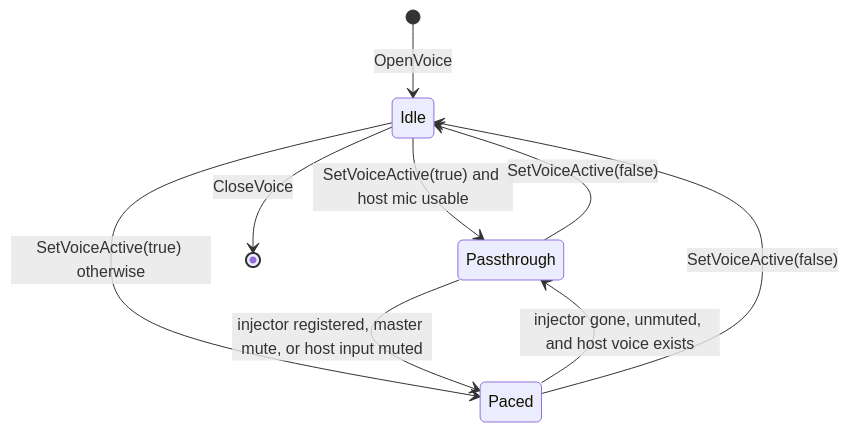
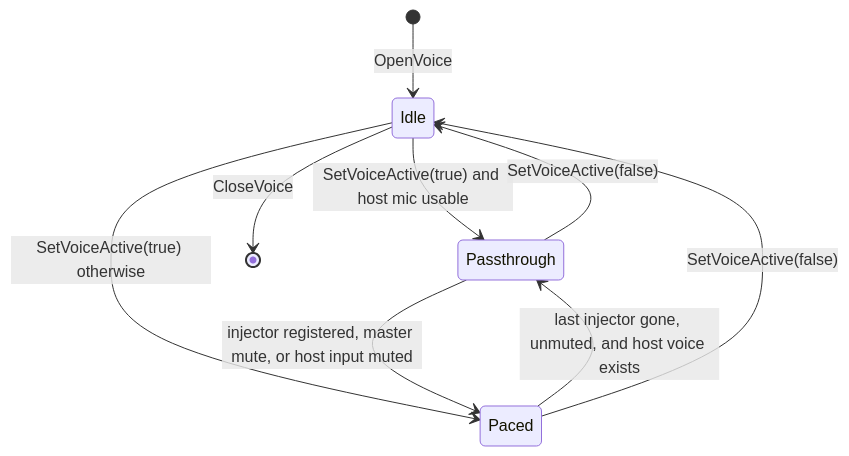
Before and after one commit to aosp-mirror-neo/platform_hardware_generic_goldfish: the second of 3 diagrams in emulator/plugin/audio/DESIGN.md, drawn with Mermaid. The commit also changed other lines of this file and 15 other files, not shown here.

````diff
--- a/emulator/plugin/audio/DESIGN.md
+++ b/emulator/plugin/audio/DESIGN.md
@@ -206,11 +217,11 @@
 ```mermaid
 stateDiagram-v2
     [*] --> Idle: OpenVoice
     Idle --> Passthrough: SetVoiceActive(true) and host mic usable
     Idle --> Paced: SetVoiceActive(true) otherwise
     Passthrough --> Paced: injector registered, master mute, or host input muted
-    Paced --> Passthrough: injector gone, unmuted, and host voice exists
+    Paced --> Passthrough: last injector gone, unmuted, and host voice exists
     Passthrough --> Idle: SetVoiceActive(false)
     Paced --> Idle: SetVoiceActive(false)
     Idle --> [*]: CloseVoice
 ```
````
